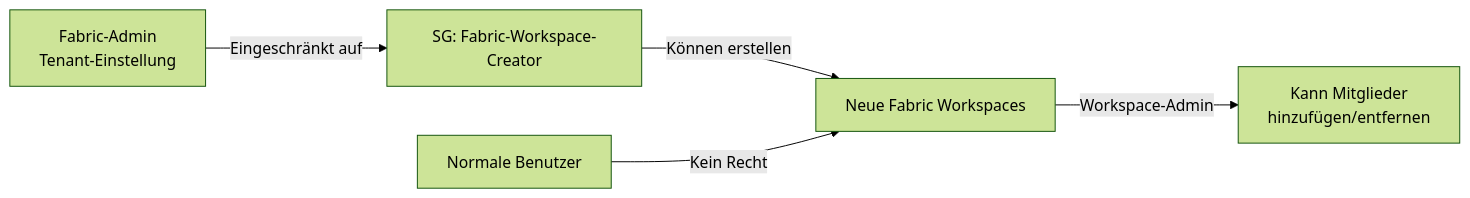
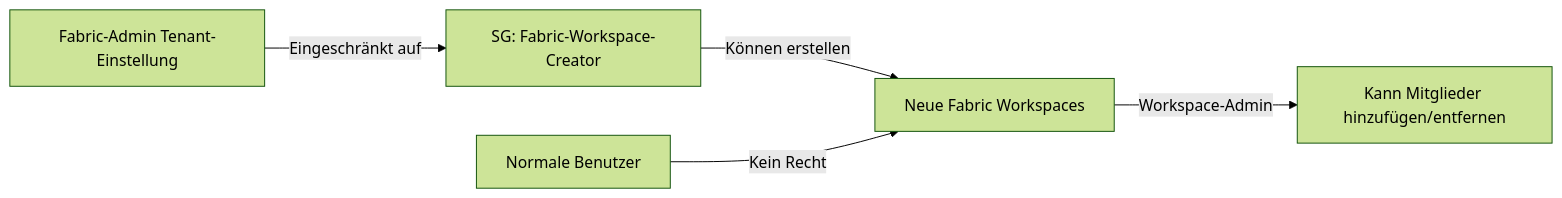
Before and after one commit to SoniiiT/notes-n-docs: the third of 6 diagrams in Microsoft 365/Azure/Fabric/Fabric Administration.md, drawn with Mermaid (forest theme). The commit also changed other lines of this file and 124 other files, not shown here.

First line of the commit message:
fix: Entferne \n aus allen Mermaid-Diagrammen (125 Dateien)

````diff
--- a/Microsoft 365/Azure/Fabric/Fabric Administration.md
+++ b/Microsoft 365/Azure/Fabric/Fabric Administration.md
@@ -248,7 +248,7 @@
 ```mermaid
 graph LR
-    A[Fabric-Admin\nTenant-Einstellung] -->|Eingeschränkt auf| B[SG: Fabric-Workspace-Creator]
+    A[Fabric-Admin Tenant-Einstellung] -->|Eingeschränkt auf| B[SG: Fabric-Workspace-Creator]
     B -->|Können erstellen| C[Neue Fabric Workspaces]
     D[Normale Benutzer] -->|Kein Recht| C
-    C -->|Workspace-Admin| E[Kann Mitglieder\nhinzufügen/entfernen]
+    C -->|Workspace-Admin| E[Kann Mitglieder hinzufügen/entfernen]
 ```
````
